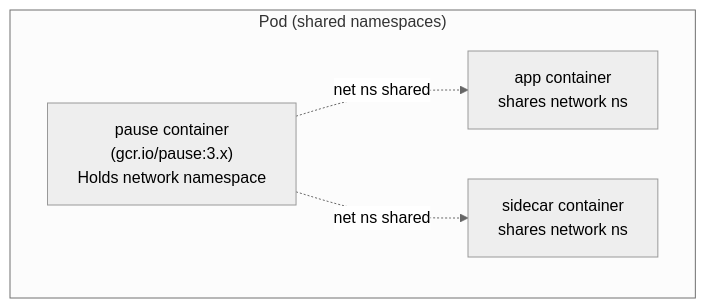
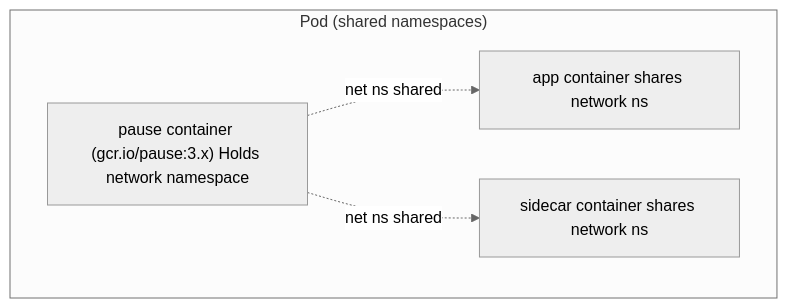
The seventh of 7 diagrams in 16_podman_to_k3s/01_mental_model_shift.md (UncleJS/course_k3s), drawn with Mermaid (neutral theme) before and after one commit. The commit also changed other lines of this file and 57 other files, not shown here.

````diff
--- a/16_podman_to_k3s/01_mental_model_shift.md
+++ b/16_podman_to_k3s/01_mental_model_shift.md
@@ -674,10 +674,10 @@
 ```mermaid
 graph TD
     subgraph Pod["Pod (shared namespaces)"]
-        PAUSE["pause container\n(gcr.io/pause:3.x)\nHolds network namespace"]
-        APP["app container\nshares network ns"]
-        SIDECAR["sidecar container\nshares network ns"]
+        PAUSE["pause container (gcr.io/pause:3.x) Holds network namespace"]
+        APP["app container shares network ns"]
+        SIDECAR["sidecar container shares network ns"]
         PAUSE -.->|net ns shared| APP
         PAUSE -.->|net ns shared| SIDECAR
     end
 ```
````
